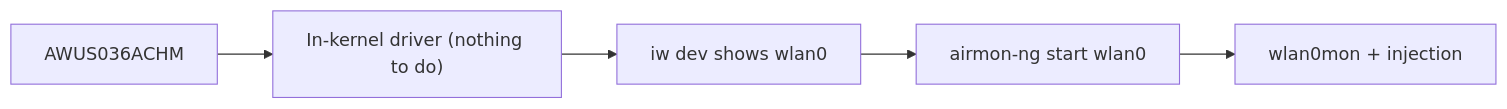
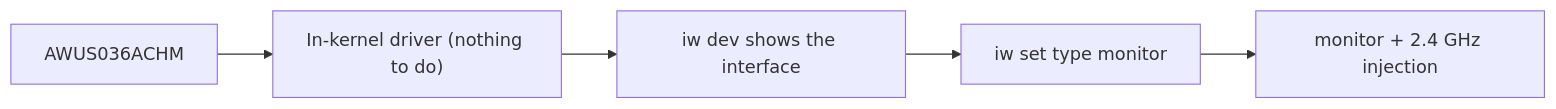
Before and after one commit to yopitek/yupitek-wiki: the diagram in docs/01-alfa-network/products/awus036achm/index.md, drawn with Mermaid. The commit also changed other lines of this file and 108 other files, not shown here.

````diff
--- a/docs/01-alfa-network/products/awus036achm/index.md
+++ b/docs/01-alfa-network/products/awus036achm/index.md
@@ -55,7 +101,7 @@
 ```mermaid
 flowchart LR
     A["AWUS036ACHM"] --> B["In-kernel driver (nothing to do)"]
-    B --> C["iw dev shows wlan0"]
-    C --> D["airmon-ng start wlan0"]
-    D --> E["wlan0mon + injection"]
+    B --> C["iw dev shows the interface"]
+    C --> D["iw set type monitor"]
+    D --> E["monitor + 2.4 GHz injection"]
 ```
````
